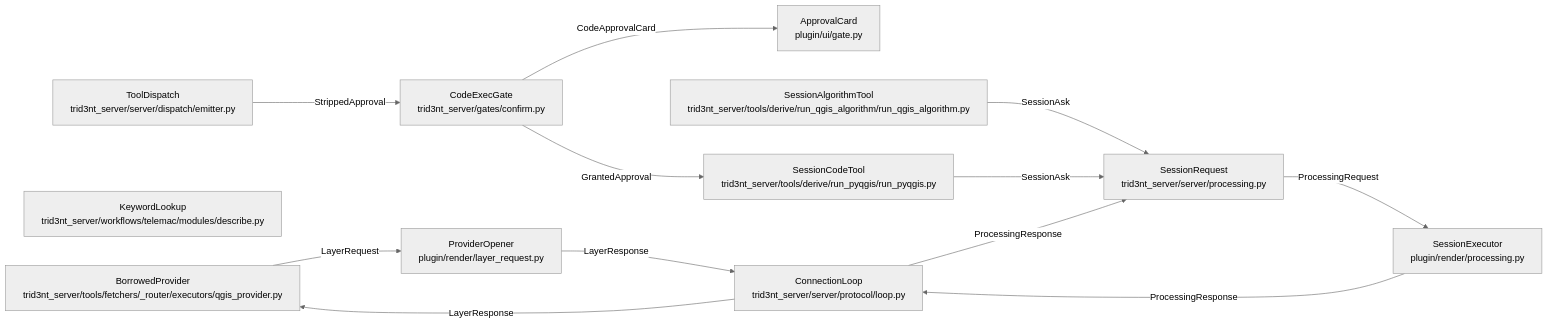
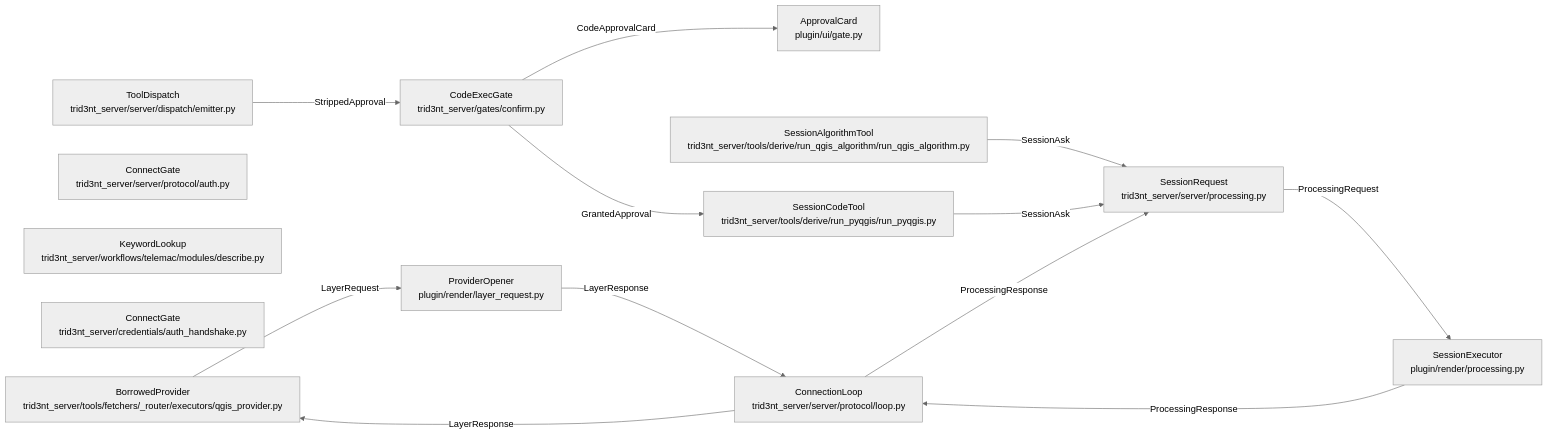
Before and after one commit to double-r-squared/trid3nt-qgis-plugin: the diagram in docs/model/tool-plane-view.md, drawn with Mermaid (neutral theme). The commit also changed other lines of this file and 1 other file, not shown here.

Commit message:
the model binds the connect gate in front of the session wire
The gate is a law of this seam, not a setting: the daemon mints its token at
first start and verifies what every connection presents against it, so a socket
presenting nothing or the wrong string is refused typed and closed before the
turn loop, and a daemon holding no token matches nothing.

Claude-Session: https://claude.ai/code/session_011wCduZ7TyoMtpZoGZfh2Rw

````diff
--- a/docs/model/tool-plane-view.md
+++ b/docs/model/tool-plane-view.md
@@ -9,25 +9,27 @@
 ```mermaid
 flowchart LR
     approvalCard["ApprovalCard<br/>plugin/ui/gate.py"]
     borrowedProvider["BorrowedProvider<br/>trid3nt_server/tools/fetchers/_router/executors/qgis_provider.py"]
     codeExecGate["CodeExecGate<br/>trid3nt_server/gates/confirm.py"]
+    connectGate["ConnectGate<br/>trid3nt_server/server/protocol/auth.py"]
     connectionLoop["ConnectionLoop<br/>trid3nt_server/server/protocol/loop.py"]
     keywordLookup["KeywordLookup<br/>trid3nt_server/workflows/telemac/modules/describe.py"]
+    mintedToken["ConnectGate<br/>trid3nt_server/credentials/auth_handshake.py"]
     providerOpener["ProviderOpener<br/>plugin/render/layer_request.py"]
     runPyqgis["SessionCodeTool<br/>trid3nt_server/tools/derive/run_pyqgis/run_pyqgis.py"]
     runQgisAlgorithm["SessionAlgorithmTool<br/>trid3nt_server/tools/derive/run_qgis_algorithm/run_qgis_algorithm.py"]
     sessionExecutor["SessionExecutor<br/>plugin/render/processing.py"]
     sessionRequest["SessionRequest<br/>trid3nt_server/server/processing.py"]
     toolDispatch["ToolDispatch<br/>trid3nt_server/server/dispatch/emitter.py"]
     runQgisAlgorithm -- "SessionAsk" --> sessionRequest
     codeExecGate -- "GrantedApproval" --> runPyqgis
     toolDispatch -- "StrippedApproval" --> codeExecGate
     codeExecGate -- "CodeApprovalCard" --> approvalCard
     runPyqgis -- "SessionAsk" --> sessionRequest
     providerOpener -- "LayerResponse" --> connectionLoop
     borrowedProvider -- "LayerRequest" --> providerOpener
     connectionLoop -- "LayerResponse" --> borrowedProvider
     sessionRequest -- "ProcessingRequest" --> sessionExecutor
     sessionExecutor -- "ProcessingResponse" --> connectionLoop
     connectionLoop -- "ProcessingResponse" --> sessionRequest
 ```
````
